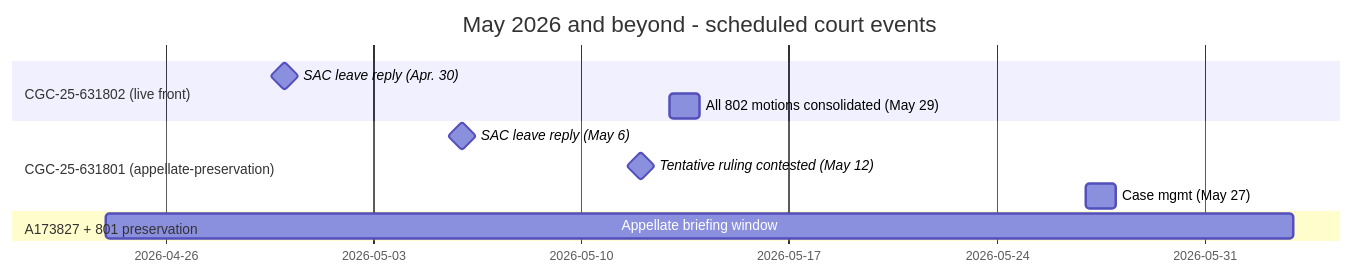
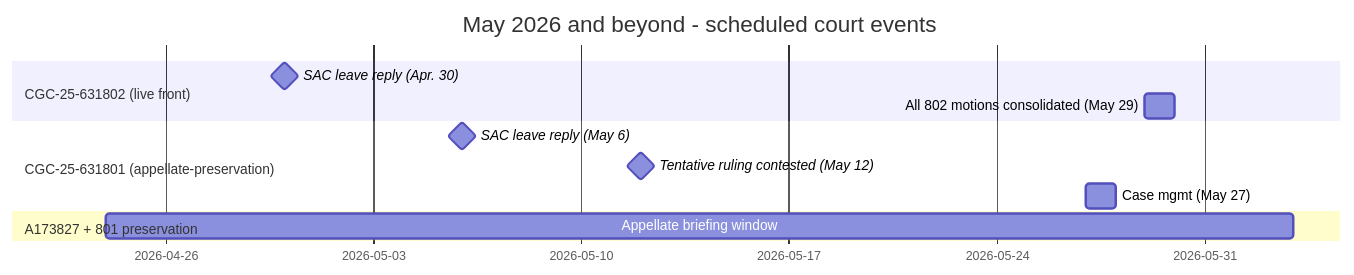
The first of 3 diagrams in README.md (Municipal-Public-Trust-in-A-i/CSAA-ABDELHALIM-WONG-PSA-CSK), drawn with Mermaid before and after one commit. The commit also changed other lines of this file and 11 other files, not shown here.

````diff
--- a/README.md
+++ b/README.md
@@ -267,14 +267,14 @@
 ```mermaid
 gantt
     title May 2026 and beyond - scheduled court events
     dateFormat YYYY-MM-DD
     section CGC-25-631802 (live front)
     SAC leave reply (Apr. 30)        :milestone, m802a, 2026-04-30, 0d
-    All 802 motions consolidated (May 29)   :m802b, 2026-05-13, 1d
+    All 802 motions consolidated (May 29)   :m802b, 2026-05-29, 1d
     section CGC-25-631801 (appellate-preservation)
     SAC leave reply (May 6)          :milestone, m801a, 2026-05-06, 0d
     Tentative ruling contested (May 12) :milestone, m801x, 2026-05-12, 0d
     Case mgmt (May 27)               :m801b, 2026-05-27, 1d
     section A173827 + 801 preservation
     Appellate briefing window        :a173, 2026-04-24, 40d
 ```
````
